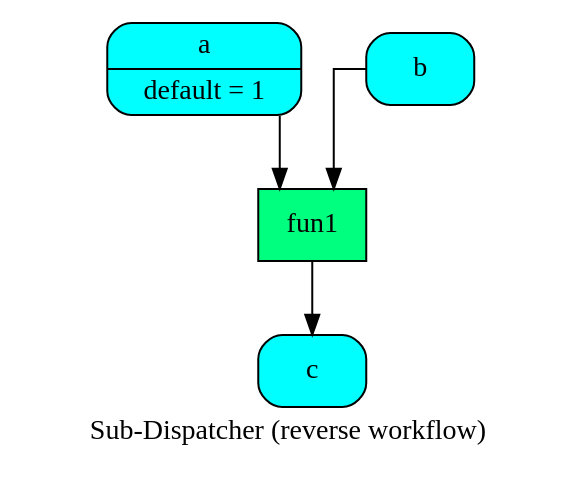
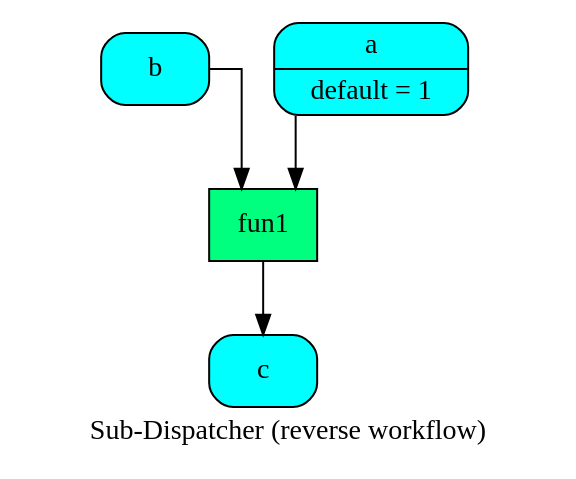
The diagram in doc/source/dispatcher/__init__/get_sub_dsp_from_workflow/sub_dsp2.dot (vinci1it2000/schedula), drawn with Graphviz before and after one commit. The commit also changed 23 other files, not shown here.

```diff
--- a/doc/source/dispatcher/__init__/get_sub_dsp_from_workflow/sub_dsp2.dot
+++ b/doc/source/dispatcher/__init__/get_sub_dsp_from_workflow/sub_dsp2.dot
@@ -1,13 +1,13 @@
 digraph "Sub-Dispatcher (reverse workflow)" {
 	graph [ratio=1]
 	node [style=filled]
 	splines = ortho
 	label = "Sub-Dispatcher (reverse workflow)"
-		"Sub-Dispatcher (reverse workflow)_6296734525852763240" [label="{ fun1  }" fillcolor=springgreen shape=record]
-		"Sub-Dispatcher (reverse workflow)_-1841214044933314468" [label="{ a | default = 1 }" fillcolor=cyan shape=Mrecord]
-		"Sub-Dispatcher (reverse workflow)_8642698689935103924" [label="{ c  }" fillcolor=cyan shape=Mrecord]
-		"Sub-Dispatcher (reverse workflow)_4091537378154039687" [label="{ b  }" fillcolor=cyan shape=Mrecord]
-			"Sub-Dispatcher (reverse workflow)_6296734525852763240" -> "Sub-Dispatcher (reverse workflow)_8642698689935103924"
-			"Sub-Dispatcher (reverse workflow)_-1841214044933314468" -> "Sub-Dispatcher (reverse workflow)_6296734525852763240"
-			"Sub-Dispatcher (reverse workflow)_4091537378154039687" -> "Sub-Dispatcher (reverse workflow)_6296734525852763240"
+		"Sub-Dispatcher (reverse workflow)_-8069443800989944208" [label="{ c  }" fillcolor=cyan shape=Mrecord]
+		"Sub-Dispatcher (reverse workflow)_5286896467962782986" [label="{ fun1  }" fillcolor=springgreen shape=record]
+		"Sub-Dispatcher (reverse workflow)_-4868960230063457645" [label="{ b  }" fillcolor=cyan shape=Mrecord]
+		"Sub-Dispatcher (reverse workflow)_-6154672520566587020" [label="{ a | default = 1 }" fillcolor=cyan shape=Mrecord]
+			"Sub-Dispatcher (reverse workflow)_5286896467962782986" -> "Sub-Dispatcher (reverse workflow)_-8069443800989944208"
+			"Sub-Dispatcher (reverse workflow)_-4868960230063457645" -> "Sub-Dispatcher (reverse workflow)_5286896467962782986"
+			"Sub-Dispatcher (reverse workflow)_-6154672520566587020" -> "Sub-Dispatcher (reverse workflow)_5286896467962782986"
 }
```
